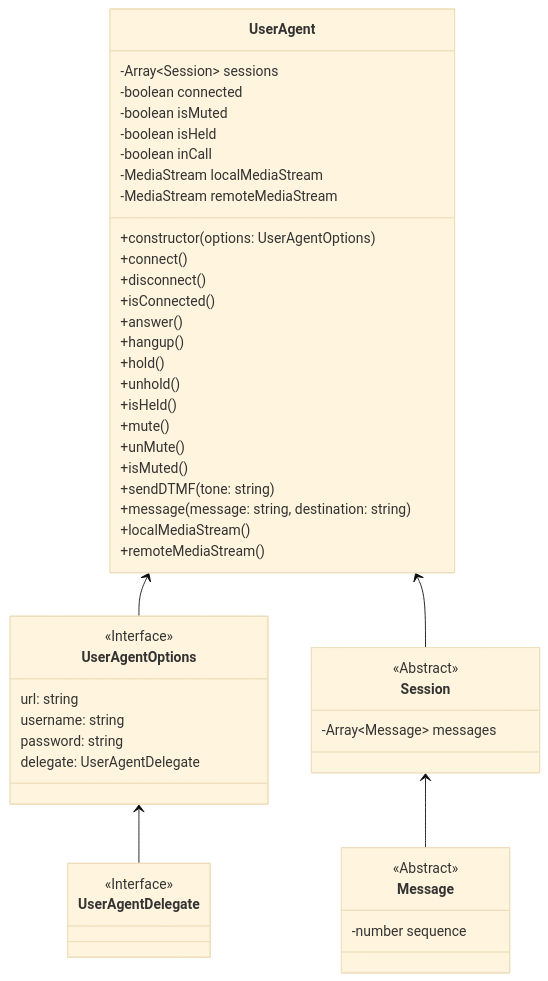
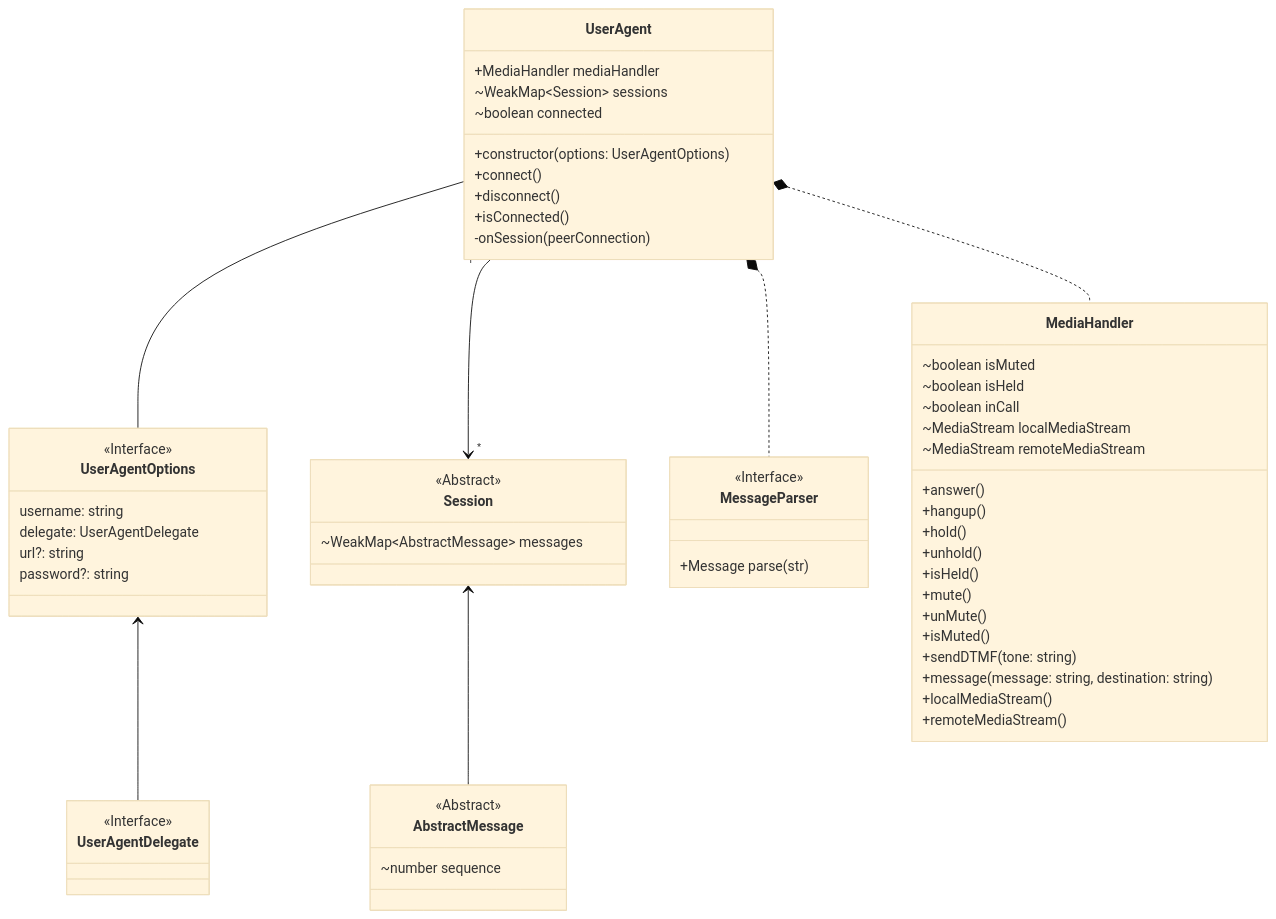
Before and after one commit to martin-juul/sip-ua: the first of 6 diagrams in docs/src/case/README.md, drawn with Mermaid. The commit also changed other lines of this file and 5 other files, not shown here.

Commit message:
docs: add custom styling, description and additional diagrams

````diff
--- a/docs/src/case/README.md
+++ b/docs/src/case/README.md
@@ -94,55 +92,67 @@
 ```mermaid
 %%{init: {'theme':'base', "securityLevel": "loose"}}%%
 
 classDiagram
-    UserAgent <-- UserAgentOptions
+    UserAgent -- UserAgentOptions
+    UserAgent "1" --> "*" Session
+    UserAgent *.. MessageParser
+    UserAgent *.. MediaHandler
     class UserAgent{
-        -Array~Session~ sessions
-        -boolean connected
-        -boolean isMuted
-        -boolean isHeld
-        -boolean inCall
-        -MediaStream localMediaStream
-        -MediaStream remoteMediaStream
+        +MediaHandler mediaHandler
+        ~WeakMap~Session~ sessions
+        ~boolean connected
         
         +constructor(options: UserAgentOptions)
 
         +connect()
         +disconnect()
         +isConnected()
+        
+        -onSession(peerConnection)
+    }
+    class MediaHandler{
+        ~boolean isMuted
+        ~boolean isHeld
+        ~boolean inCall
+        ~MediaStream localMediaStream
+        ~MediaStream remoteMediaStream
+
         +answer()
         +hangup()
         +hold()
         +unhold()
         +isHeld()
         +mute()
         +unMute()
         +isMuted()
         +sendDTMF(tone: string)
         +message(message: string, destination: string)
         
         +localMediaStream()
         +remoteMediaStream()
     }
     class UserAgentOptions{
         <<Interface>>
-        url: string
         username: string
-        password: string
         delegate: UserAgentDelegate
+        url?: string
+        password?: string
     }
     UserAgentOptions <-- UserAgentDelegate
     class UserAgentDelegate{
         <<Interface>>
     }
-    UserAgent <-- Session
     class Session{
         <<Abstract>>
-        -Array~Message~ messages
+        ~WeakMap~AbstractMessage~ messages
     }
-    Session <-- Message
-    class Message{
+    Session <-- AbstractMessage
+    class AbstractMessage{
         <<Abstract>>
-        -number sequence
+        ~number sequence
+    }
+    class MessageParser{
+        <<Interface>>
+        +Message parse(str)
     }
 ```
````
